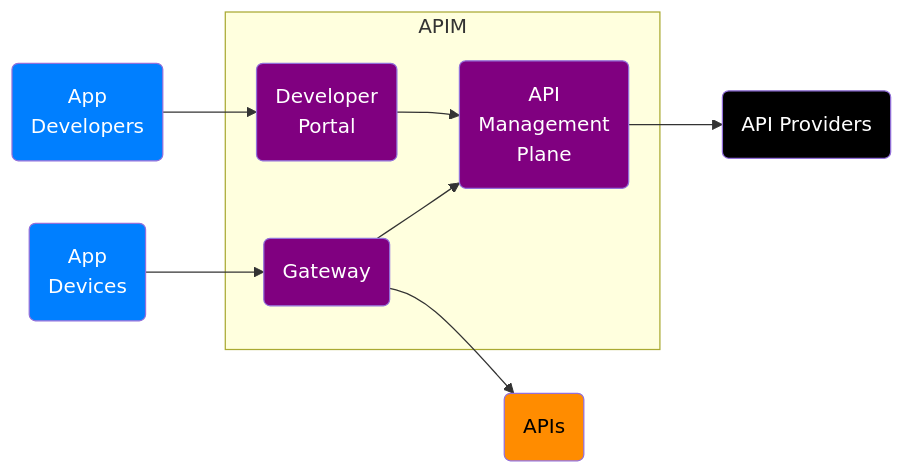
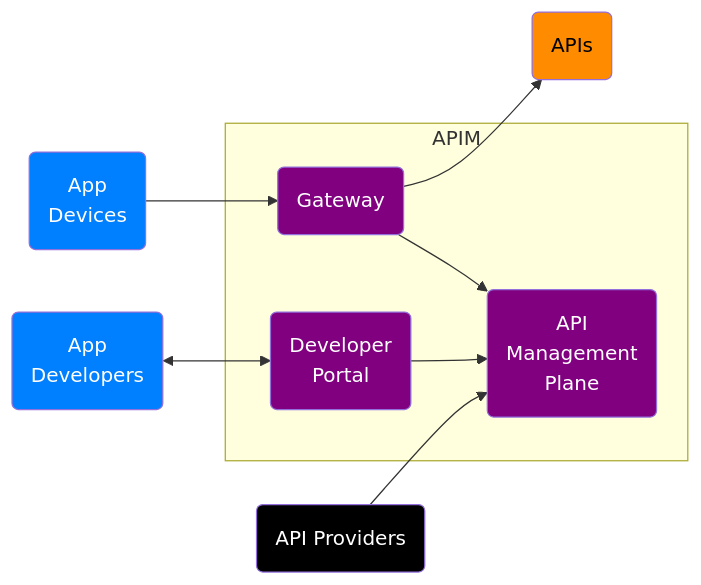
One commit to msalemor/azure-apim-networking changed the first of 4 diagrams in README.md. Above: the diagram before and after it, drawn with Mermaid.

````diff
--- a/README.md
+++ b/README.md
@@ -15,23 +15,23 @@
 ```mermaid
 graph LR;
-  A(App<br/>Developers)-->B;
+  A(App<br/>Developers)<-->B;
   subgraph "APIM"
     B(Developer<br/>Portal);
     D(API<br/>Management<br/>Plane);
     E(Gateway);
   end;
   B-->D;
   C(App<br/>Devices)-->E;
   E-->D;
   E-->G(APIs);
-  D-->H(API Providers)
+  H(API Providers)-->D;
   classDef internet fill:#007FFF,color:white;
   classDef unsafe fill:#ff3333,color:white;
   classDef semisafe fill:darkorange,color:black;
   classDef safe fill:purple,color:white;
   classDef text fill:black,color:white;
   class A,C internet;
   class B,D,E safe;
   class G semisafe;
   class H text;
 ```
````
